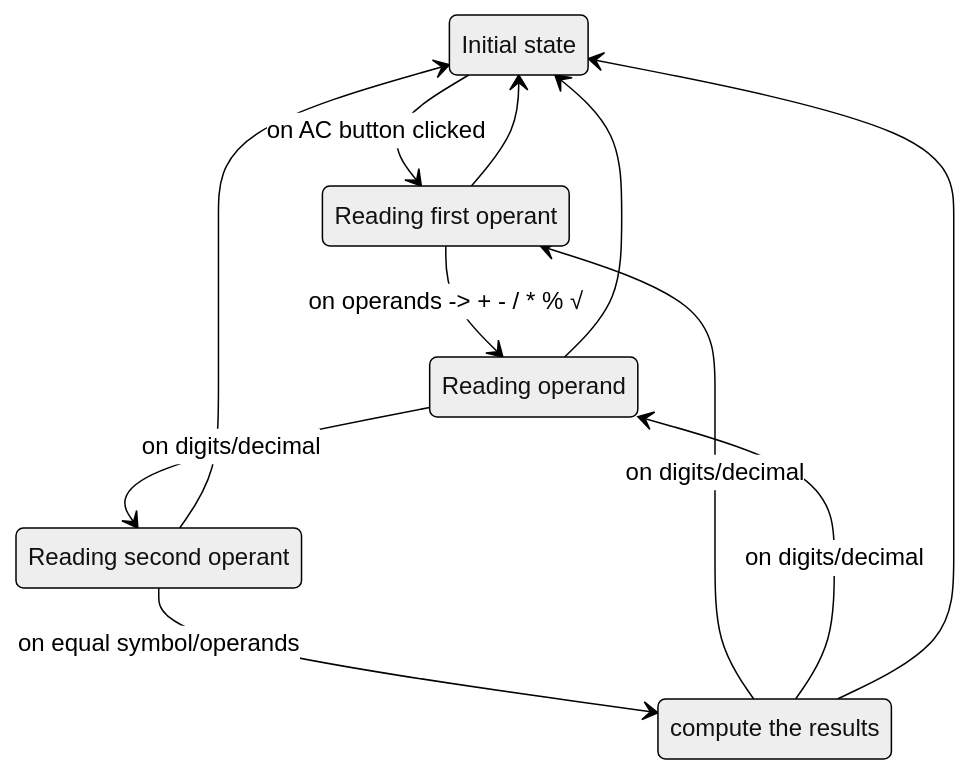
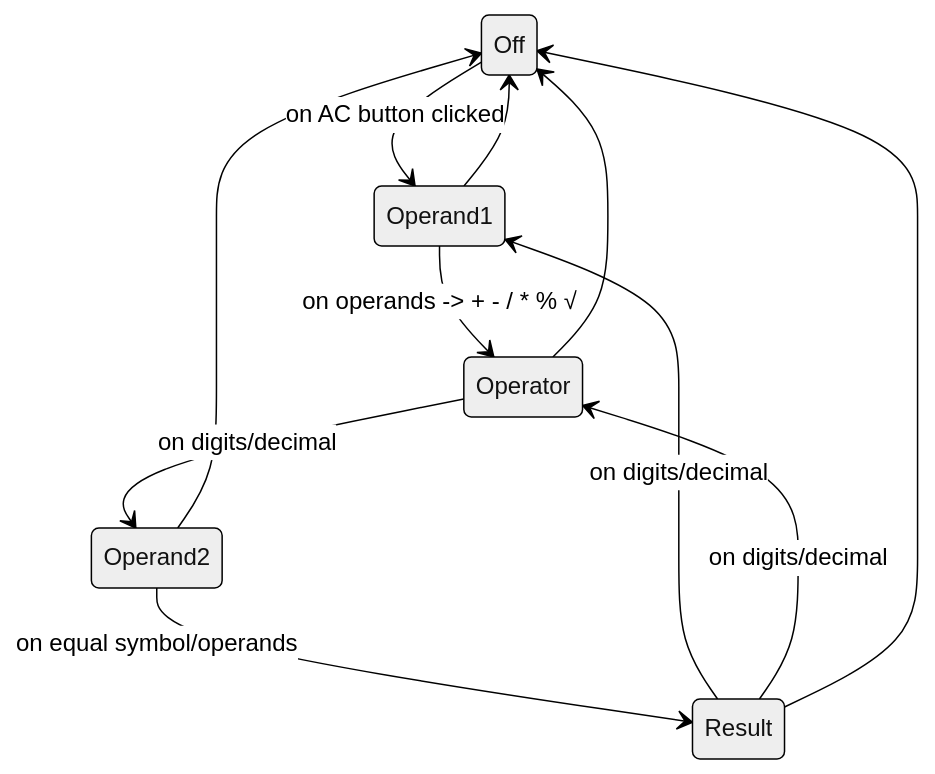
Before and after one commit to noushad-pp/react-retro-calculator: the diagram in README.md, drawn with Mermaid (neutral theme).

Commit message:
Improvements

````diff
--- a/README.md
+++ b/README.md
@@ -25,23 +25,17 @@
 ```mermaid
 stateDiagram-v2
-    Off: Initial state
-    Operand1: Reading first operant
-    Operator: Reading operand
-    Operand2: Reading second operant
-    Result: compute the results
-
     Off --> Operand1: on AC button clicked
 
     Operand1 --> Off
     Operand1 --> Operator: on operands -> + - / * % √
 
     Operator --> Off
     Operator --> Operand2: on digits/decimal
 
     Operand2 --> Off
     Operand2 --> Result: on equal symbol/operands
 
     Result --> Operand1: on digits/decimal
     Result --> Operator: on digits/decimal
     Result --> Off
 ```
````
